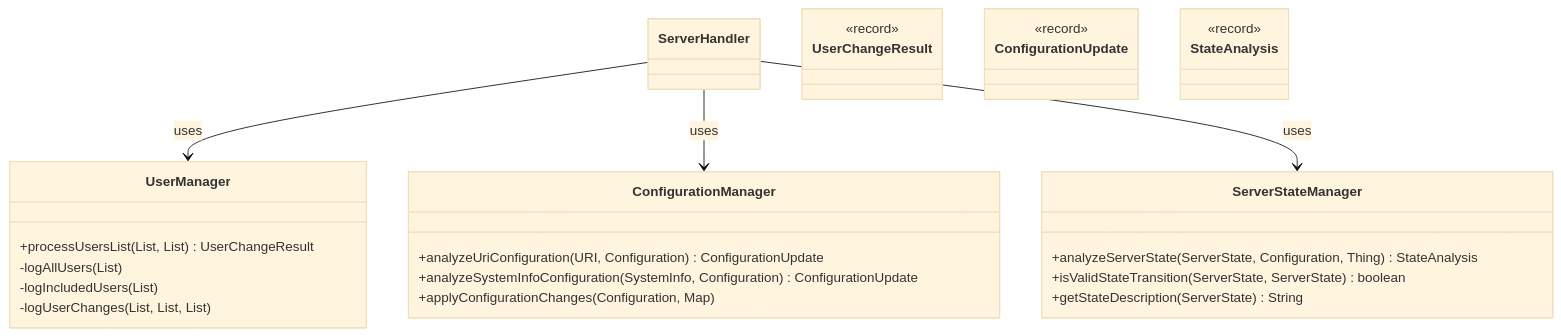
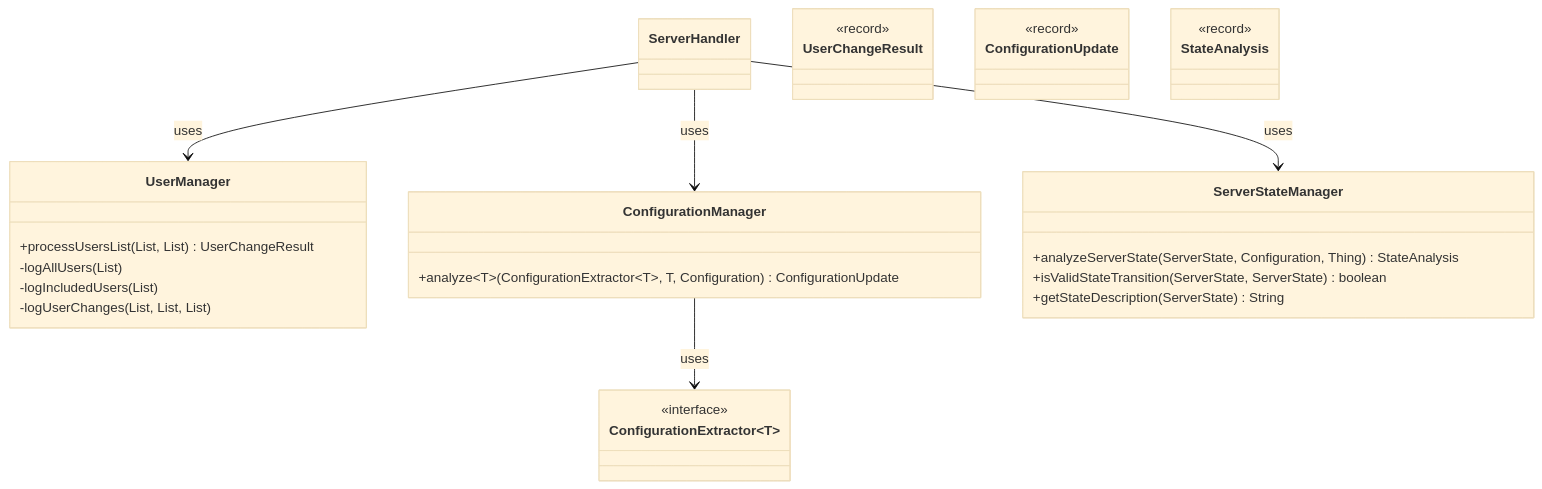
One commit to openhab/openhab-addons changed the diagram in bundles/org.openhab.binding.jellyfin/docs/architecture/utility-classes.md. Above: the diagram before and after it, drawn with Mermaid (base theme). The commit also changed other lines of this file and 3 other files, not shown here.

First line of the commit message:
docs: document configuration management architecture and reorganize discovery

````diff
--- a/bundles/org.openhab.binding.jellyfin/docs/architecture/utility-classes.md
+++ b/bundles/org.openhab.binding.jellyfin/docs/architecture/utility-classes.md
@@ -6,37 +6,41 @@
 ```mermaid
 classDiagram
     %% Utility classes for separation of concerns
     ServerHandler --> UserManager : uses
     ServerHandler --> ConfigurationManager : uses
     ServerHandler --> ServerStateManager : uses
 
     class UserManager {
         +processUsersList(List, List) UserChangeResult
         -logAllUsers(List)
         -logIncludedUsers(List)
         -logUserChanges(List, List, List)
     }
 
     class ConfigurationManager {
-        +analyzeUriConfiguration(URI, Configuration) ConfigurationUpdate
-        +analyzeSystemInfoConfiguration(SystemInfo, Configuration) ConfigurationUpdate
-        +applyConfigurationChanges(Configuration, Map)
+        +analyze~T~(ConfigurationExtractor~T~, T, Configuration) ConfigurationUpdate
     }
+
+    class ConfigurationExtractor~T~ {
+        <<interface>>
+    }
+
+    ConfigurationManager --> ConfigurationExtractor : uses
 
     class ServerStateManager {
         +analyzeServerState(ServerState, Configuration, Thing) StateAnalysis
         +isValidStateTransition(ServerState, ServerState) boolean
         +getStateDescription(ServerState) String
     }
 
     %% Records for immutable data transfer (details omitted, see Record Details section)
     class UserChangeResult {
         <<record>>
     }
     class ConfigurationUpdate {
         <<record>>
     }
     class StateAnalysis {
         <<record>>
     }
 ```
````
